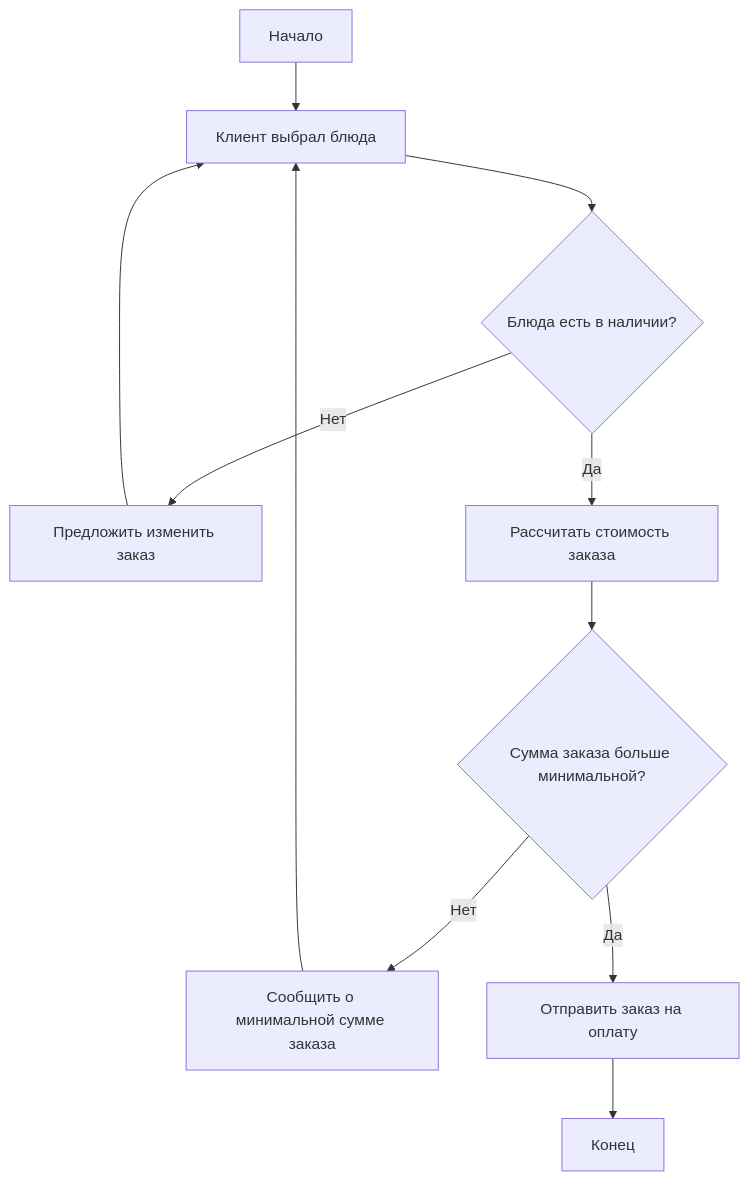
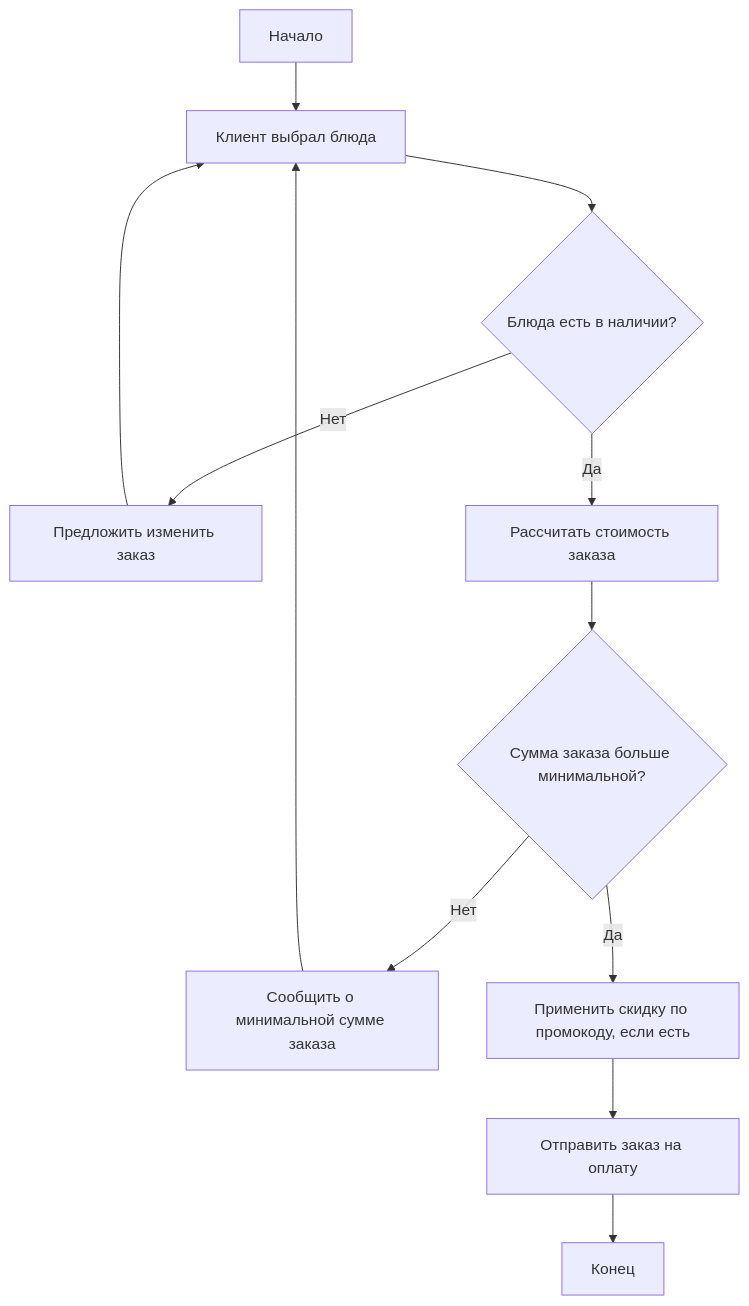
One commit to vladsnegg/visual-programming-labs-Sniahurski changed the diagram in lab1/docs/flowchart.md. Above: the diagram before and after it, drawn with Mermaid. The commit also changed other lines of this file and 2 other files, not shown here.

Commit message:
Update diagrams: add minor elements for diff demonstration; remove unused svg

````diff
--- a/lab1/docs/flowchart.md
+++ b/lab1/docs/flowchart.md
@@ -5,13 +5,14 @@
 ```mermaid
 flowchart TD
     A[Начало] --> B[Клиент выбрал блюда]
     B --> C{Блюда есть в наличии?}
     C -->|Нет| D[Предложить изменить заказ]
     D --> B
     C -->|Да| E[Рассчитать стоимость заказа]
     E --> F{Сумма заказа больше минимальной?}
     F -->|Нет| G[Сообщить о минимальной сумме заказа]
     G --> B
-    F -->|Да| H[Отправить заказ на оплату]
-    H --> I[Конец]
+    F -->|Да| H[Применить скидку по промокоду, если есть]
+    H --> I[Отправить заказ на оплату]
+    I --> J[Конец]
 ```
````
